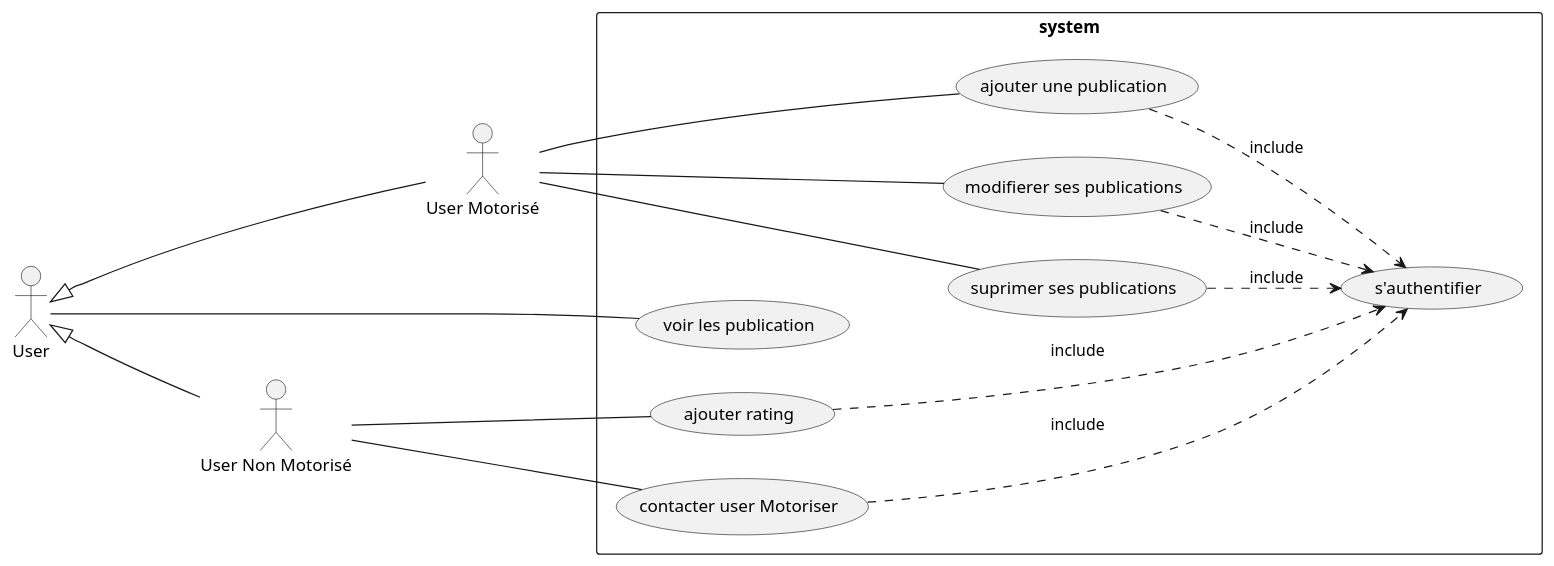
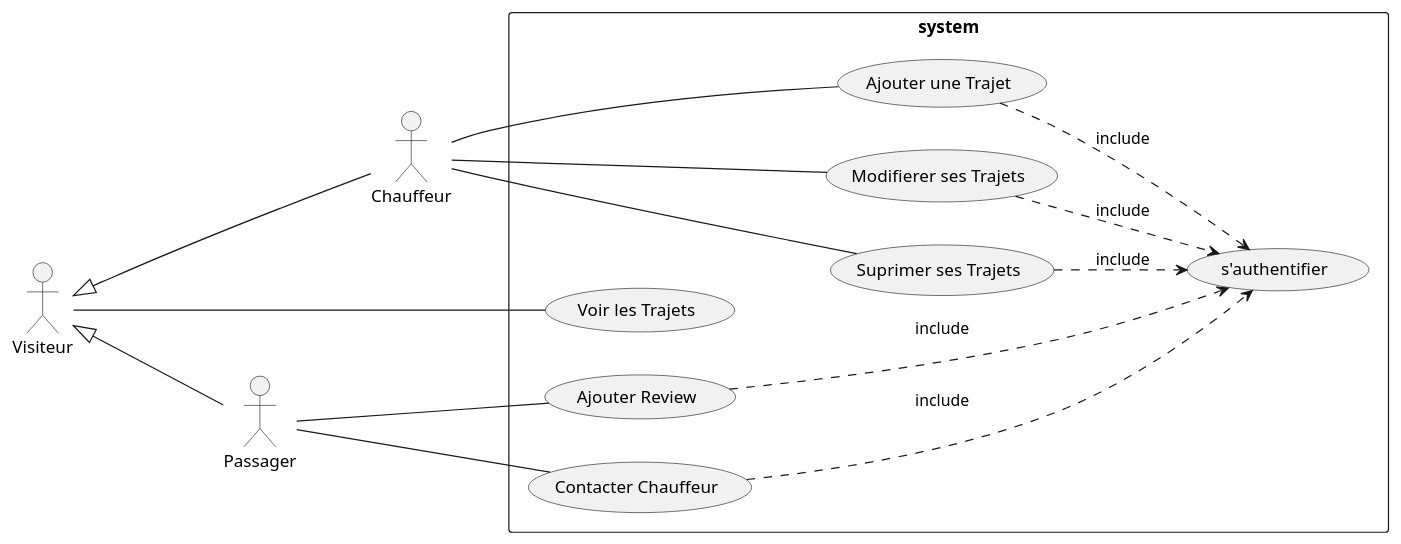
One commit to HoussamEddineLamzoudi/fileRouge changed the diagram in UML/useCase.pu. Above: the diagram before and after it, drawn with PlantUML. The commit also changed 77 other files, not shown here.

```diff
--- a/UML/useCase.pu
+++ b/UML/useCase.pu
@@ -1,51 +1,51 @@
 @startuml useCase
 left to right direction
 
-actor "User" as fc0
+actor "Visiteur" as fc0
 
-actor "User Motorisé" as fc1
-actor "User Non Motorisé" as fc2
+actor "Chauffeur" as fc1
+actor "Passager" as fc2
 
 
 fc0 <|--- fc1
 fc0 <|--- fc2
 
 
 
 
 
 
 rectangle system {
     
-    usecase "voir les publication" as UC1
+    usecase "Voir les Trajets" as UC1
 
-    usecase "ajouter une publication" as MUC1
-    usecase "modifierer ses publications" as MUC2
-    usecase "suprimer ses publications" as MUC3
+    usecase "Ajouter une Trajet" as MUC1
+    usecase "Modifierer ses Trajets" as MUC2
+    usecase "Suprimer ses Trajets" as MUC3
 
-    usecase "contacter user Motoriser" as NMUC1
-    usecase "ajouter rating" as NMUC2
+    usecase "Contacter Chauffeur" as NMUC1
+    usecase "Ajouter Review" as NMUC2
 
     
 
     (MUC1) ..> (s'authentifier) : include
     (MUC2) ..> (s'authentifier) : include
     (MUC3) ..> (s'authentifier) : include
 
     (NMUC1) ...> (s'authentifier) : include
     (NMUC2) ...> (s'authentifier) : include
 }
 
 
 fc0 -left- UC1
 
 
 fc1 -- MUC1
 fc1 -- MUC2
 fc1 --- MUC3
 
 fc2 --- NMUC1
 fc2 --- NMUC2
 
 
 @enduml
```
